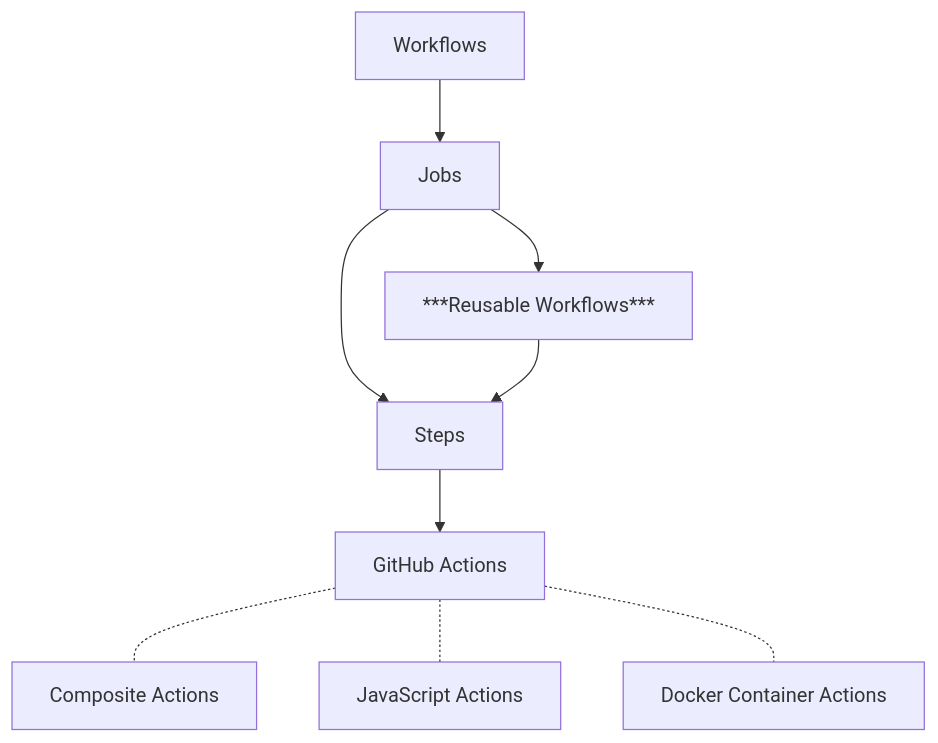
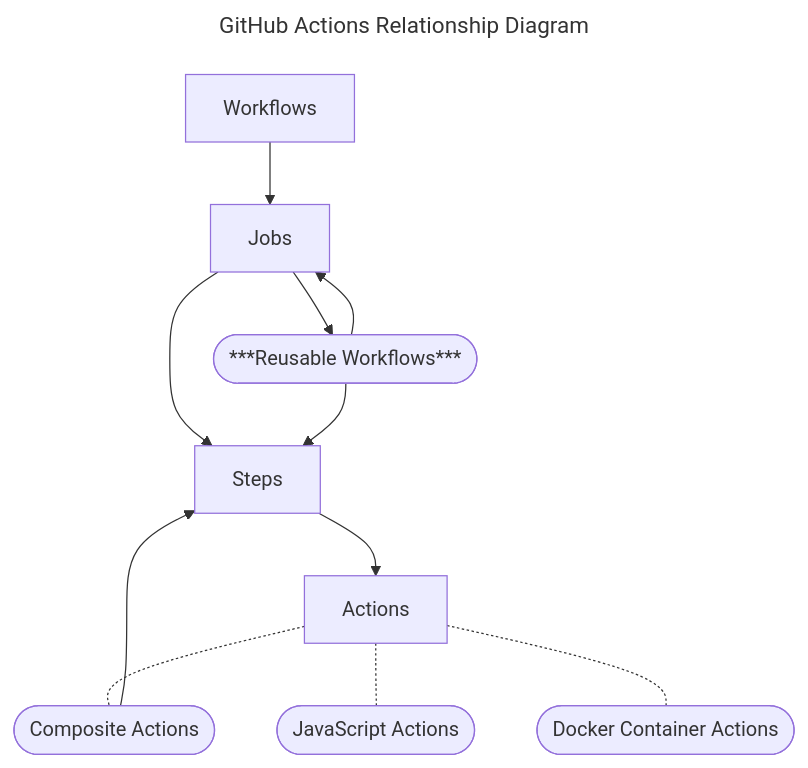
One commit to devantler-tech/reusable-workflows changed the diagram in README.md. Above: the diagram before and after it, drawn with Mermaid.

Commit message:
fix: update GitHub Actions relationship diagram for clarity and accuracy

````diff
--- a/README.md
+++ b/README.md
@@ -10,11 +10,16 @@
 ```mermaid
-graph TD
+---
+title: GitHub Actions Relationship Diagram
+---
+flowchart TD
   A[Workflows] --> B[Jobs]
-  B --> C[***Reusable Workflows***]
+  B --> C([***Reusable Workflows***])
   B --> D[Steps]
   C --> D
-  D --> E[GitHub Actions]
-  E -.- F[Composite Actions]
-  E -.- G[JavaScript Actions]
-  E -.- H[Docker Container Actions]
+  C --> B
+  D --> E[Actions]
+  E -.- F([Composite Actions])
+  F --> D
+  E -.- G([JavaScript Actions])
+  E -.- H([Docker Container Actions])
 ```
````
